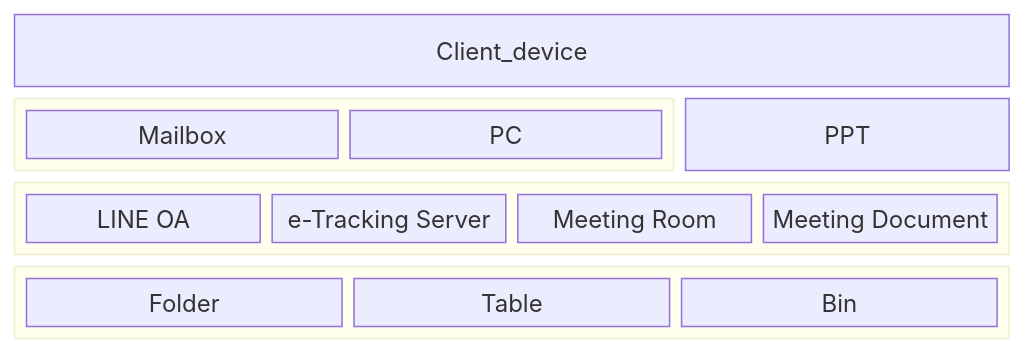
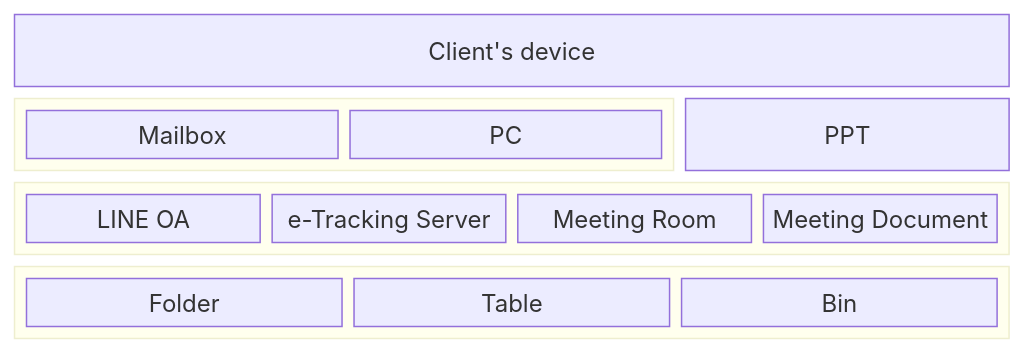
The sixth of 6 diagrams in README.md (Kietpawpan/pdpa), drawn with Mermaid before and after one commit.

````diff
--- a/README.md
+++ b/README.md
@@ -123,17 +123,17 @@
 ```mermaid
 block-beta
   columns 3
-  Client_device:3
+  Z["Client's device"]:3
   block:group1:2
     columns 2
     Mailbox PC
   end
   PPT
   block:group2:3
     %% columns auto (default)
     A["LINE OA"] B["e-Tracking Server"] C["Meeting Room"] D["Meeting Document"]
 end
   block:group3:3
   	Folder Table Bin
 end
 ```
````
